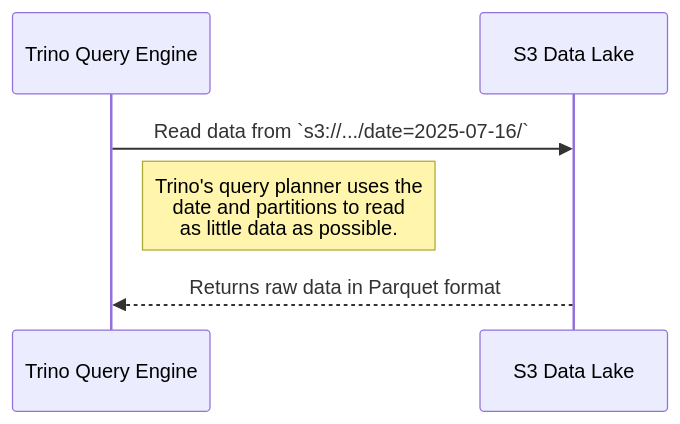
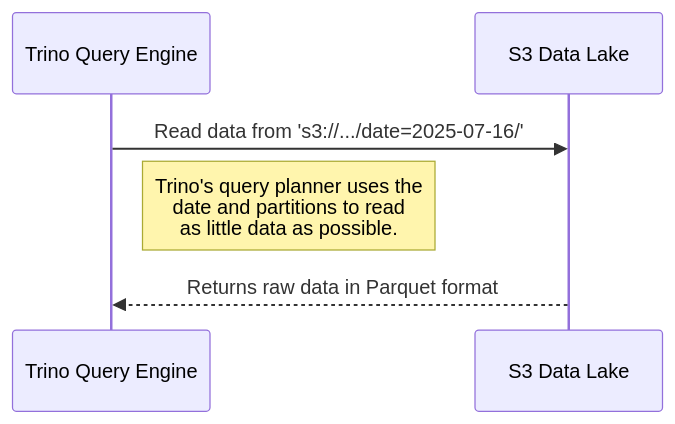
Before and after one commit to belablotski/heap_arch: the seventh of 9 diagrams in agentic_device_fleet/FLOW_FRAGMENTS.md, drawn with Mermaid. The commit also changed other lines of this file and 1 other file, not shown here.

````diff
--- a/agentic_device_fleet/FLOW_FRAGMENTS.md
+++ b/agentic_device_fleet/FLOW_FRAGMENTS.md
@@ -144,9 +144,9 @@
 ```mermaid
 sequenceDiagram
     participant T as Trino Query Engine
     participant S3 as S3 Data Lake
 
-    T->>S3: Read data from `s3://.../date=2025-07-16/`
+    T->>S3: Read data from 's3://.../date=2025-07-16/'
     Note right of T: Trino's query planner uses the<br>date and partitions to read<br>as little data as possible.
     S3-->>T: Returns raw data in Parquet format
 ```
````
